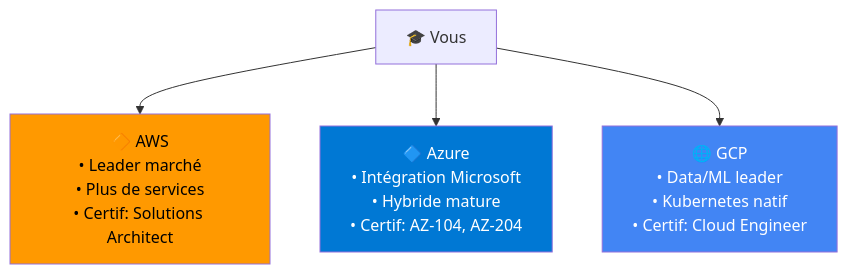
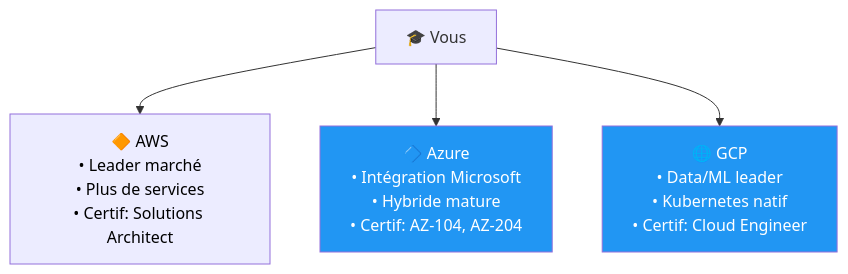
One commit to VBlackJack/ShellBook changed the tenth of 11 diagrams in docs/formations/cloud-fundamentals/07-module.md. Above: the diagram before and after it, drawn with Mermaid. The commit also changed other lines of this file and 337 other files, not shown here.

First line of the commit message:
refactor(docs): Standardize code blocks and Mermaid colors

````diff
--- a/docs/formations/cloud-fundamentals/07-module.md
+++ b/docs/formations/cloud-fundamentals/07-module.md
@@ -392,16 +392,16 @@
 ```mermaid
 graph TB
     YOU["🎓 Vous"]
 
     AWS["🔶 AWS<br/>• Leader marché<br/>• Plus de services<br/>• Certif: Solutions Architect"]
     AZURE["🔷 Azure<br/>• Intégration Microsoft<br/>• Hybride mature<br/>• Certif: AZ-104, AZ-204"]
     GCP["🌐 GCP<br/>• Data/ML leader<br/>• Kubernetes natif<br/>• Certif: Cloud Engineer"]
 
     YOU --> AWS
     YOU --> AZURE
     YOU --> GCP
 
-    style AWS fill:#ff9900,color:#000
-    style AZURE fill:#0078d4,color:#fff
-    style GCP fill:#4285f4,color:#fff
+    style AWS fill:#FF9800800900,color:#000
+    style AZURE fill:#2196F3,color:#fff
+    style GCP fill:#2196F3,color:#fff
 ```
````
